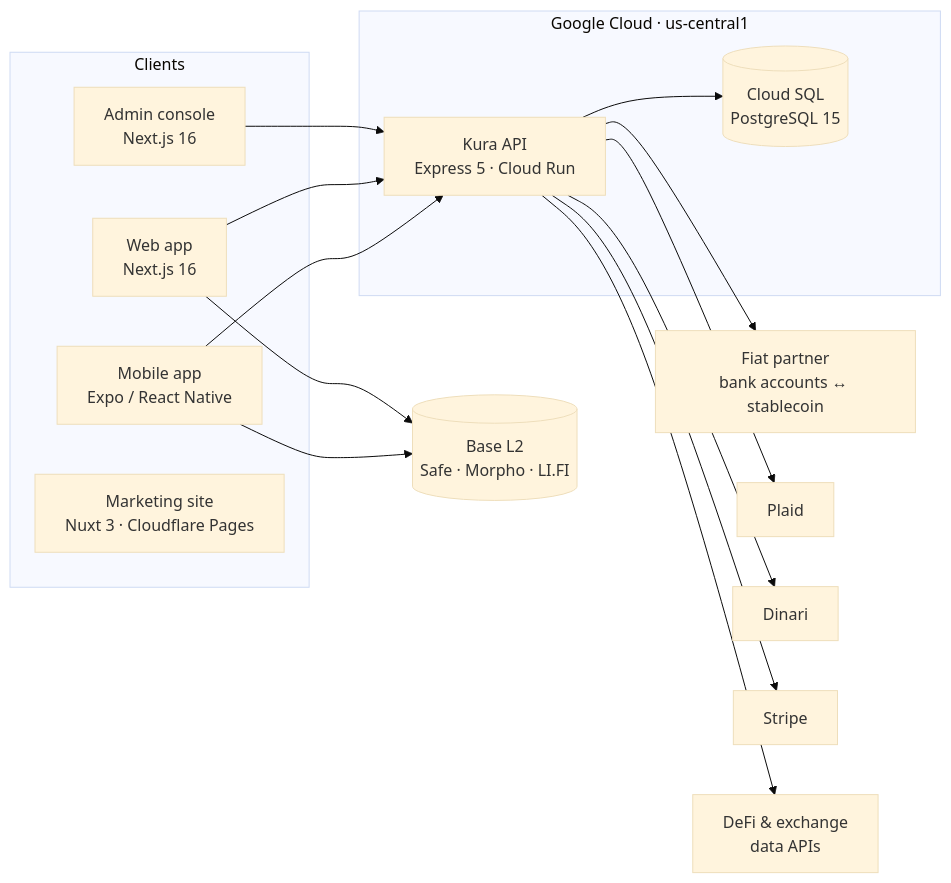
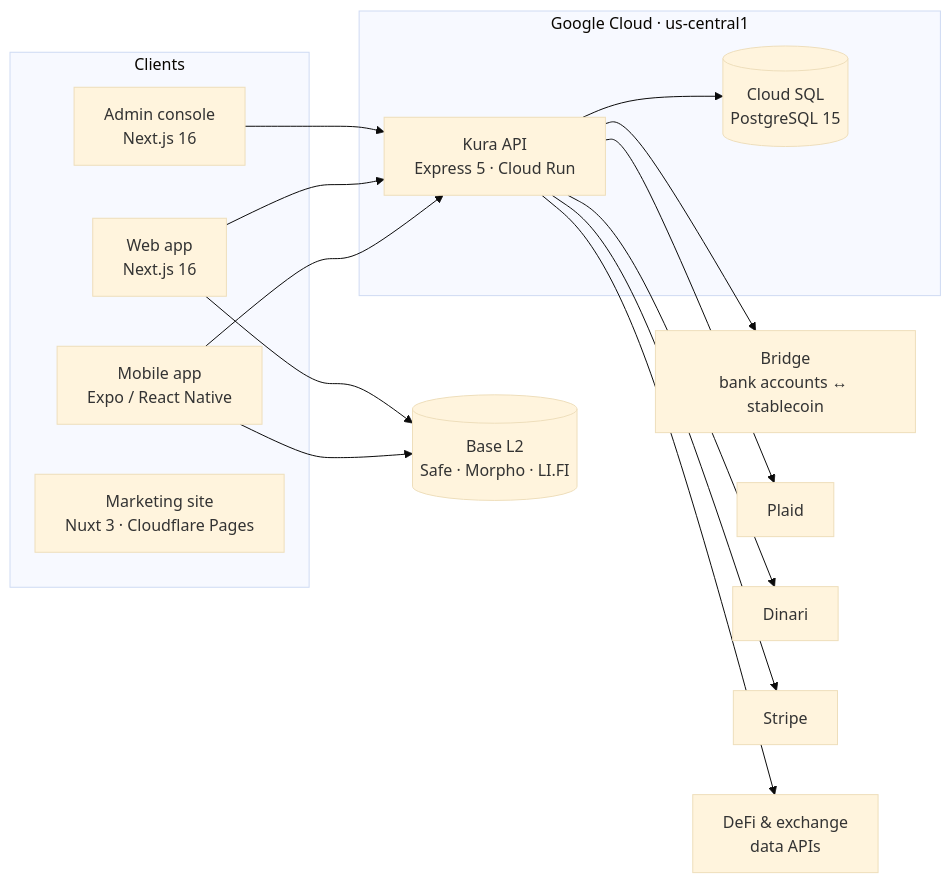
Before and after one commit to Kura-Finance/.github: the diagram in profile/README.md, drawn with Mermaid (base theme). The commit also changed other lines of this file, not shown here.

Commit message:
Name Bridge as the fiat infrastructure partner

````diff
--- a/profile/README.md
+++ b/profile/README.md
@@ -219,21 +219,21 @@
 ```mermaid
 flowchart LR
   subgraph Clients
     M[Mobile app<br/>Expo / React Native]
     W[Web app<br/>Next.js 16]
     A[Admin console<br/>Next.js 16]
     L[Marketing site<br/>Nuxt 3 · Cloudflare Pages]
   end
   subgraph GCP["Google Cloud · us-central1"]
     API[Kura API<br/>Express 5 · Cloud Run]
     DB[(Cloud SQL<br/>PostgreSQL 15)]
   end
   M & W & A --> API
   API --> DB
-  API --> Ramp[Fiat partner<br/>bank accounts ↔ stablecoin]
+  API --> Ramp[Bridge<br/>bank accounts ↔ stablecoin]
   API --> Plaid
   API --> Dinari
   API --> Stripe
   API --> Data[DeFi & exchange<br/>data APIs]
   M & W --> Base[(Base L2<br/>Safe · Morpho · LI.FI)]
 ```
````
